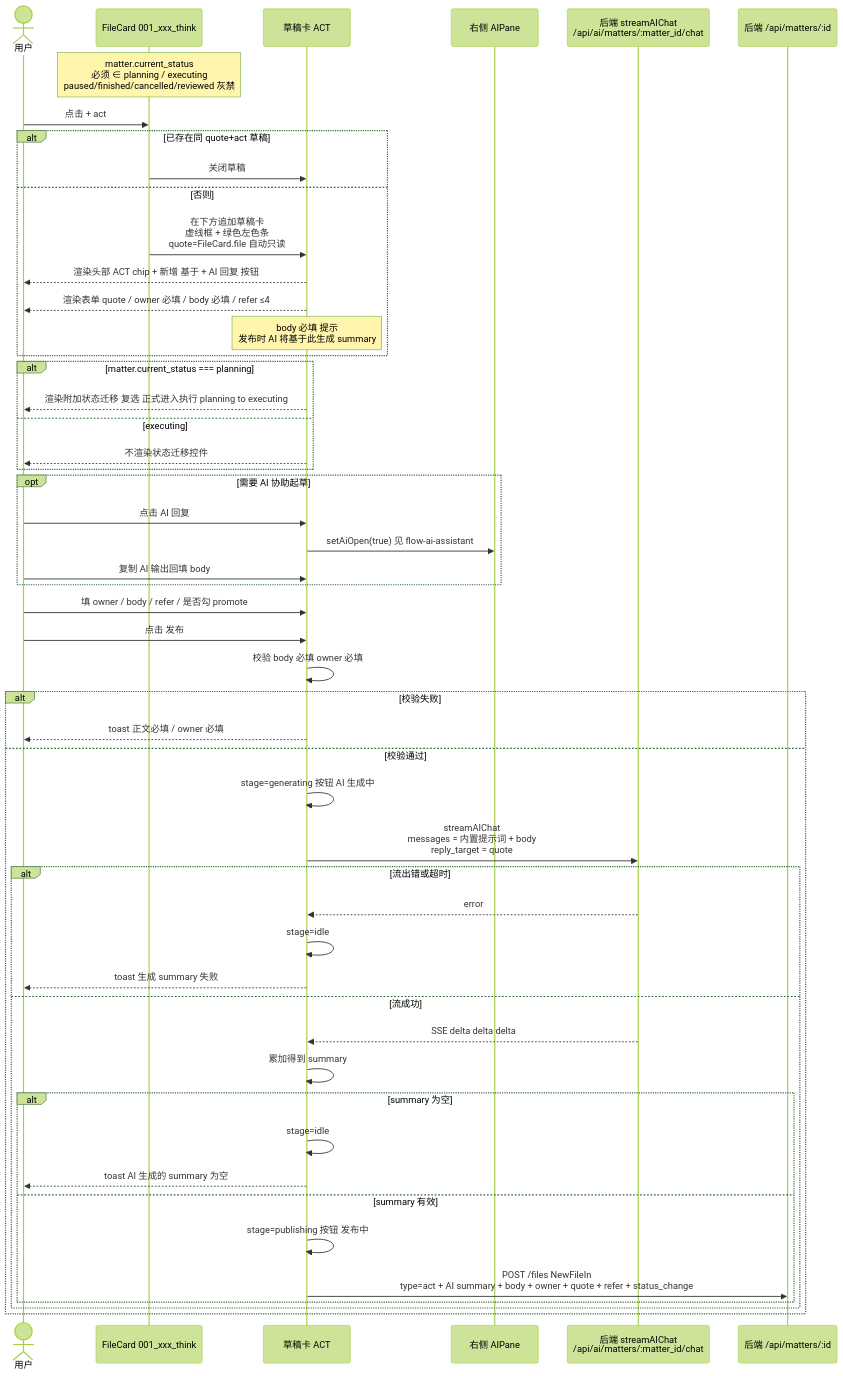
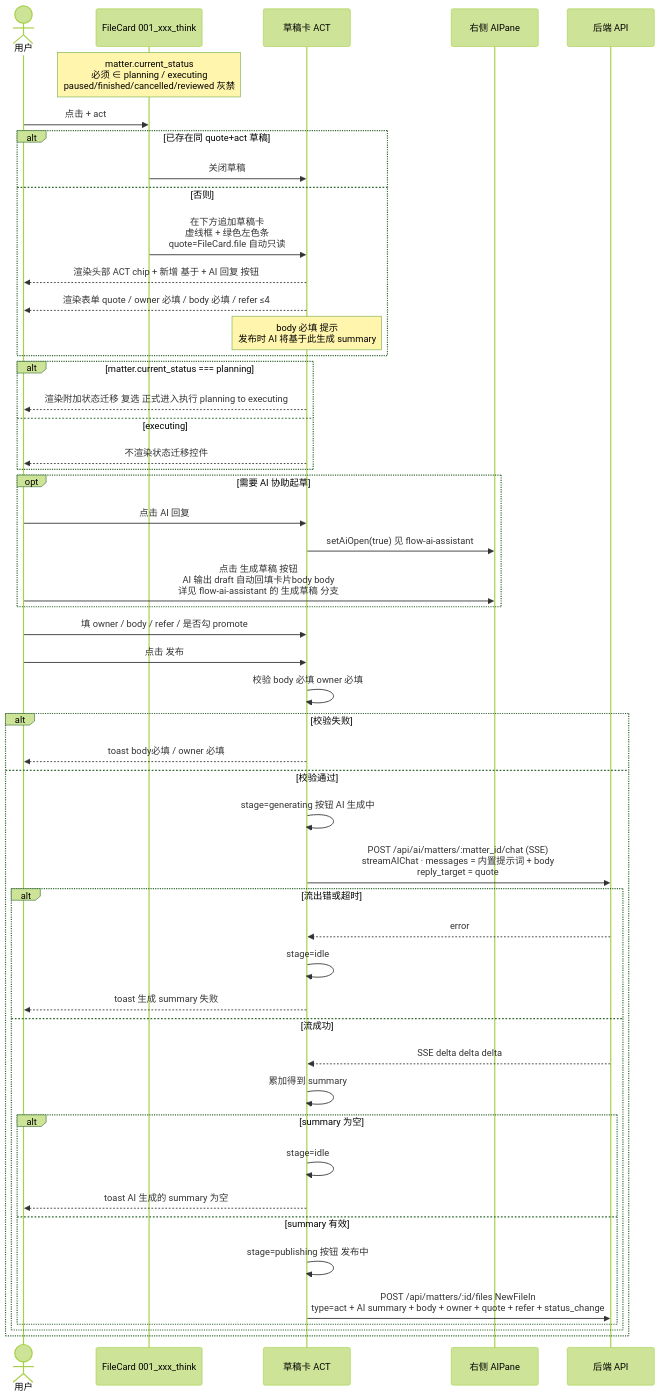
The diagram in AI-docs/workflow-interaction/flow-act-card.md (Tjk666Tjk6660/team-pivot-web), drawn with Mermaid (forest theme) before and after one commit. The commit also changed 2 other files, not shown here.

Commit message:
docs(matter): add workflow-interaction sequence diagram

````diff
--- a/AI-docs/workflow-interaction/flow-act-card.md
+++ b/AI-docs/workflow-interaction/flow-act-card.md
@@ -9,61 +9,60 @@
 ```mermaid
 sequenceDiagram
   actor U as 用户
   participant FC as FileCard 001_xxx_think
   participant DC as 草稿卡 ACT
   participant AP as 右侧 AIPane
-  participant CHAT as 后端 streamAIChat<br/>/api/ai/matters/:matter_id/chat
-  participant API as 后端 /api/matters/:id
+  participant API as 后端 API
 
   Note over FC: matter.current_status<br/>必须 ∈ planning / executing<br/>paused/finished/cancelled/reviewed 灰禁
 
   U->>FC: 点击 + act
   alt 已存在同 quote+act 草稿
     FC->>DC: 关闭草稿
   else 否则
     FC->>DC: 在下方追加草稿卡<br/>虚线框 + 绿色左色条<br/>quote=FileCard.file 自动只读
     DC-->>U: 渲染头部 ACT chip + 新增 基于 + AI 回复 按钮
     DC-->>U: 渲染表单 quote / owner 必填 / body 必填 / refer ≤4
     Note over DC: body 必填 提示<br/>发布时 AI 将基于此生成 summary
   end
 
   alt matter.current_status === planning
     DC-->>U: 渲染附加状态迁移 复选 正式进入执行 planning to executing
   else executing
     DC-->>U: 不渲染状态迁移控件
   end
 
   opt 需要 AI 协助起草
     U->>DC: 点击 AI 回复
     DC->>AP: setAiOpen(true) 见 flow-ai-assistant
-    U->>DC: 复制 AI 输出回填 body
+    U->>AP: 点击 生成草稿 按钮<br/>AI 输出 draft 自动回填卡片body body<br/>详见 flow-ai-assistant 的 生成草稿 分支
   end
 
   U->>DC: 填 owner / body / refer / 是否勾 promote
   U->>DC: 点击 发布
 
   DC->>DC: 校验 body 必填 owner 必填
   alt 校验失败
-    DC-->>U: toast 正文必填 / owner 必填
+    DC-->>U: toast body必填 / owner 必填
   else 校验通过
     DC->>DC: stage=generating 按钮 AI 生成中
 
-    DC->>CHAT: streamAIChat<br/>messages = 内置提示词 + body<br/>reply_target = quote
+    DC->>API: POST /api/ai/matters/:matter_id/chat (SSE)<br/>streamAIChat · messages = 内置提示词 + body<br/>reply_target = quote
     alt 流出错或超时
-      CHAT-->>DC: error
+      API-->>DC: error
       DC->>DC: stage=idle
       DC-->>U: toast 生成 summary 失败
     else 流成功
-      CHAT-->>DC: SSE delta delta delta
+      API-->>DC: SSE delta delta delta
       DC->>DC: 累加得到 summary
 
       alt summary 为空
         DC->>DC: stage=idle
         DC-->>U: toast AI 生成的 summary 为空
       else summary 有效
         DC->>DC: stage=publishing 按钮 发布中
-        DC->>API: POST /files NewFileIn<br/>type=act + AI summary + body + owner + quote + refer + status_change
+        DC->>API: POST /api/matters/:id/files NewFileIn<br/>type=act + AI summary + body + owner + quote + refer + status_change
       end
     end
   end
 ```
````
